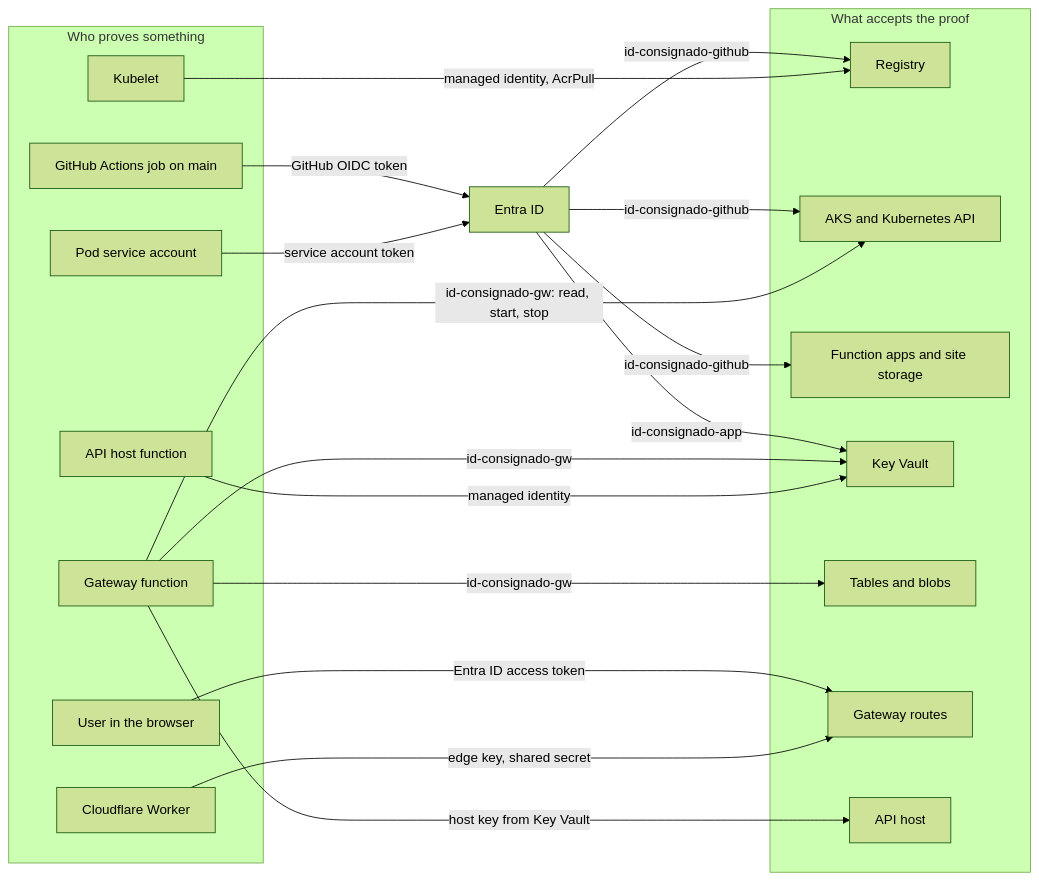
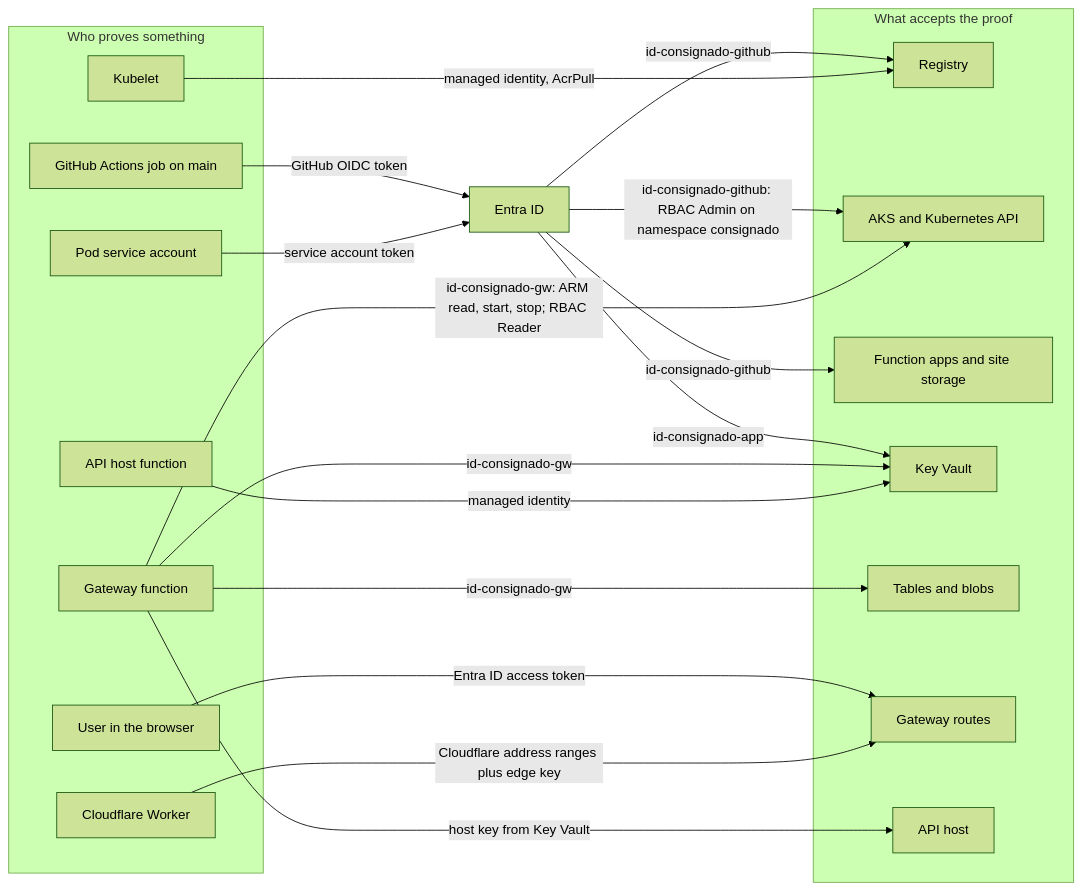
Before and after one commit to kmadsdev/consignado-api: the sixth of 7 diagrams in docs/platform/architecture.md, drawn with Mermaid (forest theme). The commit also changed other lines of this file and 1 other file, not shown here.

Commit message:
docs(architecture): Cloudflare zone rules, live times, node read from pods, engine states

````diff
--- a/docs/platform/architecture.md
+++ b/docs/platform/architecture.md
@@ -220,39 +242,39 @@
 ```mermaid
 flowchart LR
   subgraph callers["Who proves something"]
     ghjob["GitHub Actions job on main"]
     pod["Pod service account"]
     kubelet["Kubelet"]
     gwapp["Gateway function"]
     fnapp["API host function"]
     spa["User in the browser"]
     worker["Cloudflare Worker"]
   end
 
   entra["Entra ID"]
 
   subgraph targets["What accepts the proof"]
     acr["Registry"]
     aksapi["AKS and Kubernetes API"]
     funcs["Function apps and site storage"]
     kv["Key Vault"]
     data["Tables and blobs"]
     gwin["Gateway routes"]
     fnin["API host"]
   end
 
   ghjob -->|"GitHub OIDC token"| entra
   pod -->|"service account token"| entra
   entra -->|"id-consignado-github"| acr
-  entra -->|"id-consignado-github"| aksapi
+  entra -->|"id-consignado-github: RBAC Admin on namespace consignado"| aksapi
   entra -->|"id-consignado-github"| funcs
   entra -->|"id-consignado-app"| kv
   kubelet -->|"managed identity, AcrPull"| acr
   gwapp -->|"id-consignado-gw"| kv
   gwapp -->|"id-consignado-gw"| data
-  gwapp -->|"id-consignado-gw: read, start, stop"| aksapi
+  gwapp -->|"id-consignado-gw: ARM read, start, stop; RBAC Reader"| aksapi
   fnapp -->|"managed identity"| kv
   spa -->|"Entra ID access token"| gwin
-  worker -->|"edge key, shared secret"| gwin
+  worker -->|"Cloudflare address ranges plus edge key"| gwin
   gwapp -->|"host key from Key Vault"| fnin
 ```
````
